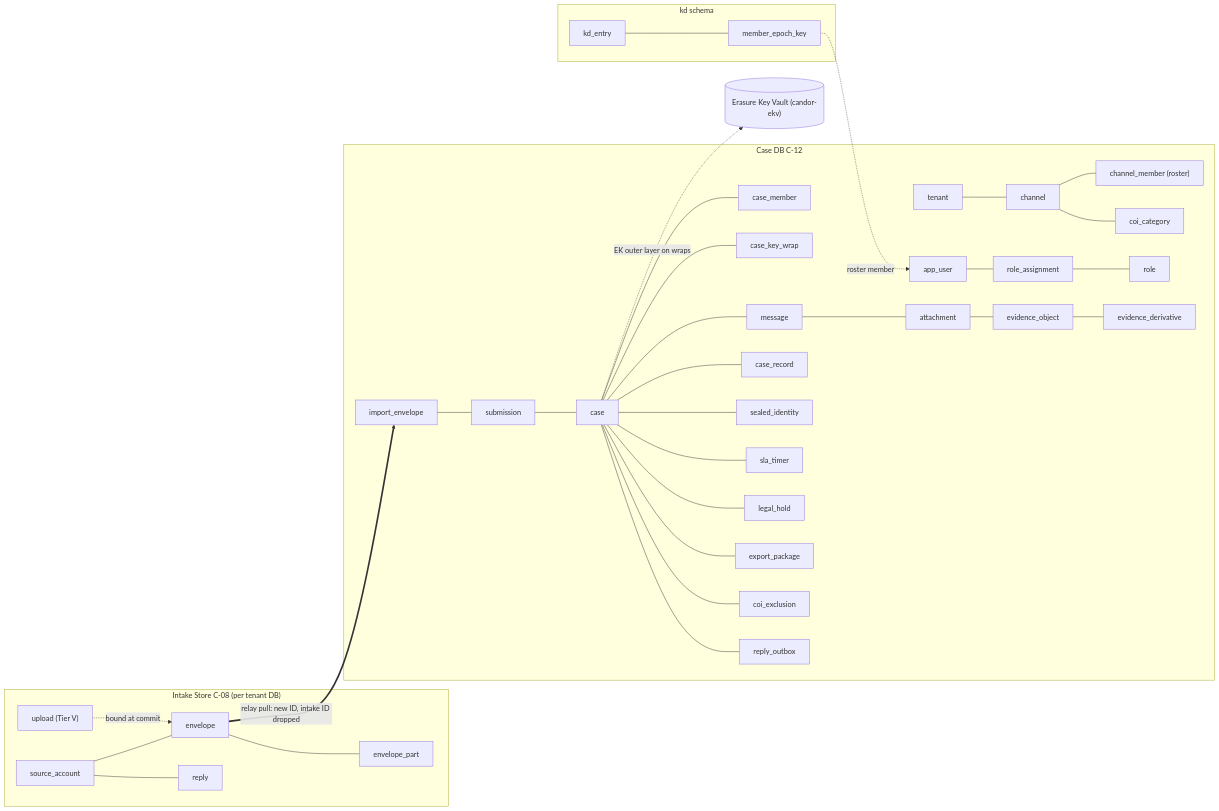
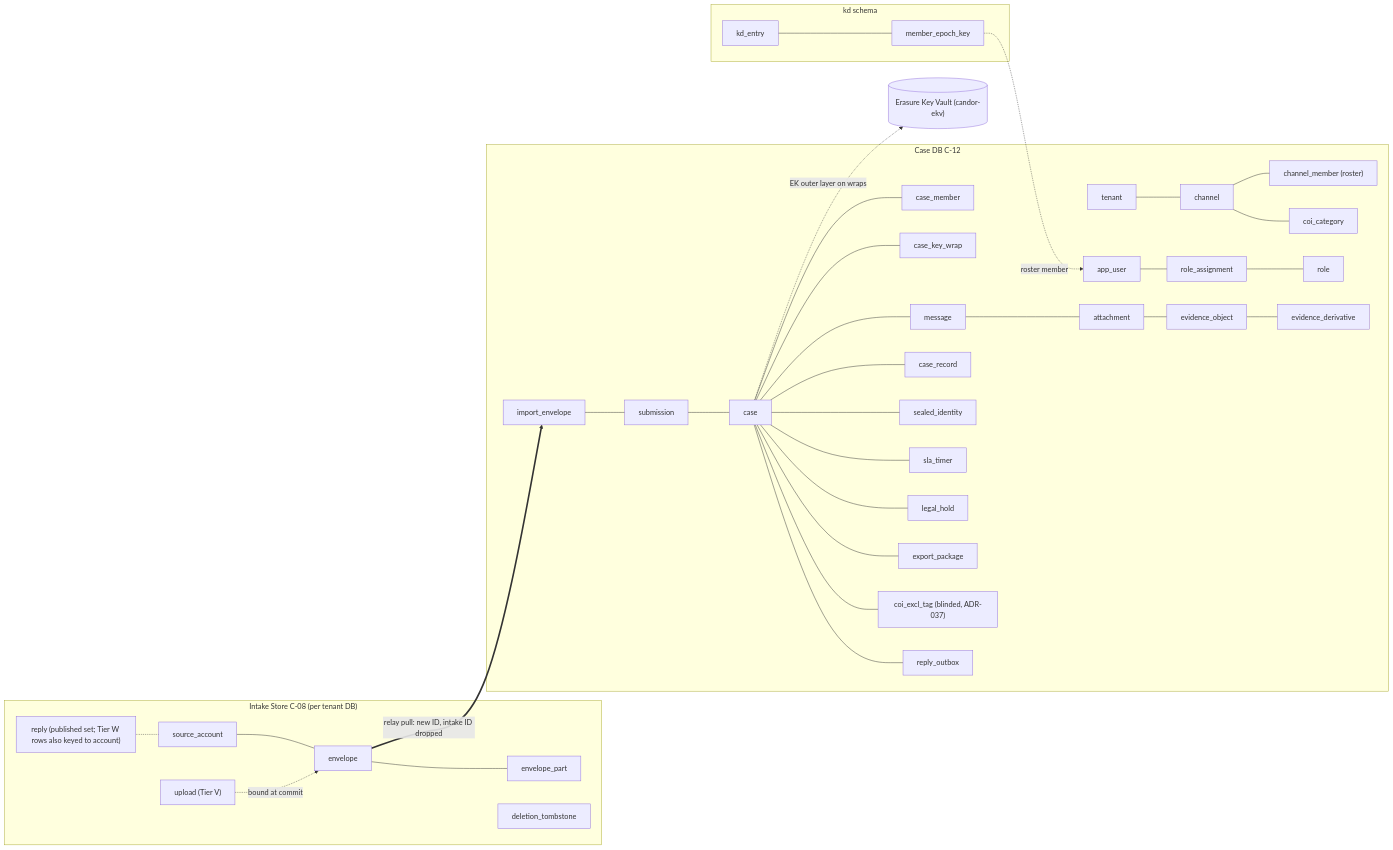
The diagram in specs/09-DATABASE.md (djshellshoxxx/leaks), drawn with Mermaid before and after one commit. The commit also changed other lines of this file and 24 other files, not shown here.

````diff
--- a/specs/09-DATABASE.md
+++ b/specs/09-DATABASE.md
@@ -48,33 +49,34 @@
 ```mermaid
 flowchart LR
   subgraph INTAKE["Intake Store C-08 (per tenant DB)"]
     SA["source_account"] --- ENV["envelope"]
     ENV --- EP["envelope_part"]
-    SA --- RP["reply"]
+    RP["reply (published set; Tier W rows also keyed to account)"] -.- SA
+    TS["deletion_tombstone"]
     UP["upload (Tier V)"] -.->|"bound at commit"| ENV
   end
   ENV == "relay pull: new ID, intake ID dropped" ==> IE
   subgraph CORE["Case DB C-12"]
     T["tenant"] --- CH["channel"]
     CH --- CM["channel_member (roster)"]
     CH --- COI["coi_category"]
     U["app_user"] --- RA["role_assignment"] --- R["role"]
     IE["import_envelope"] --- SUB["submission"] --- C["case"]
     C --- ACL["case_member"]
     C --- W["case_key_wrap"]
     C --- MSG["message"] --- ATT["attachment"] --- EO["evidence_object"]
     EO --- ED["evidence_derivative"]
     C --- REC["case_record"]
     C --- SI["sealed_identity"]
     C --- ST["sla_timer"]
     C --- LH["legal_hold"]
     C --- EX["export_package"]
-    C --- CX["coi_exclusion"]
+    C --- CX["coi_excl_tag (blinded, ADR-037)"]
     C --- RO["reply_outbox"]
   end
   subgraph KD["kd schema"]
     KE["kd_entry"] --- MEK["member_epoch_key"]
   end
   MEK -.->|"roster member"| U
   C -.->|"EK outer layer on wraps"| EKV[("Erasure Key Vault (candor-ekv)")]
 ```
````
